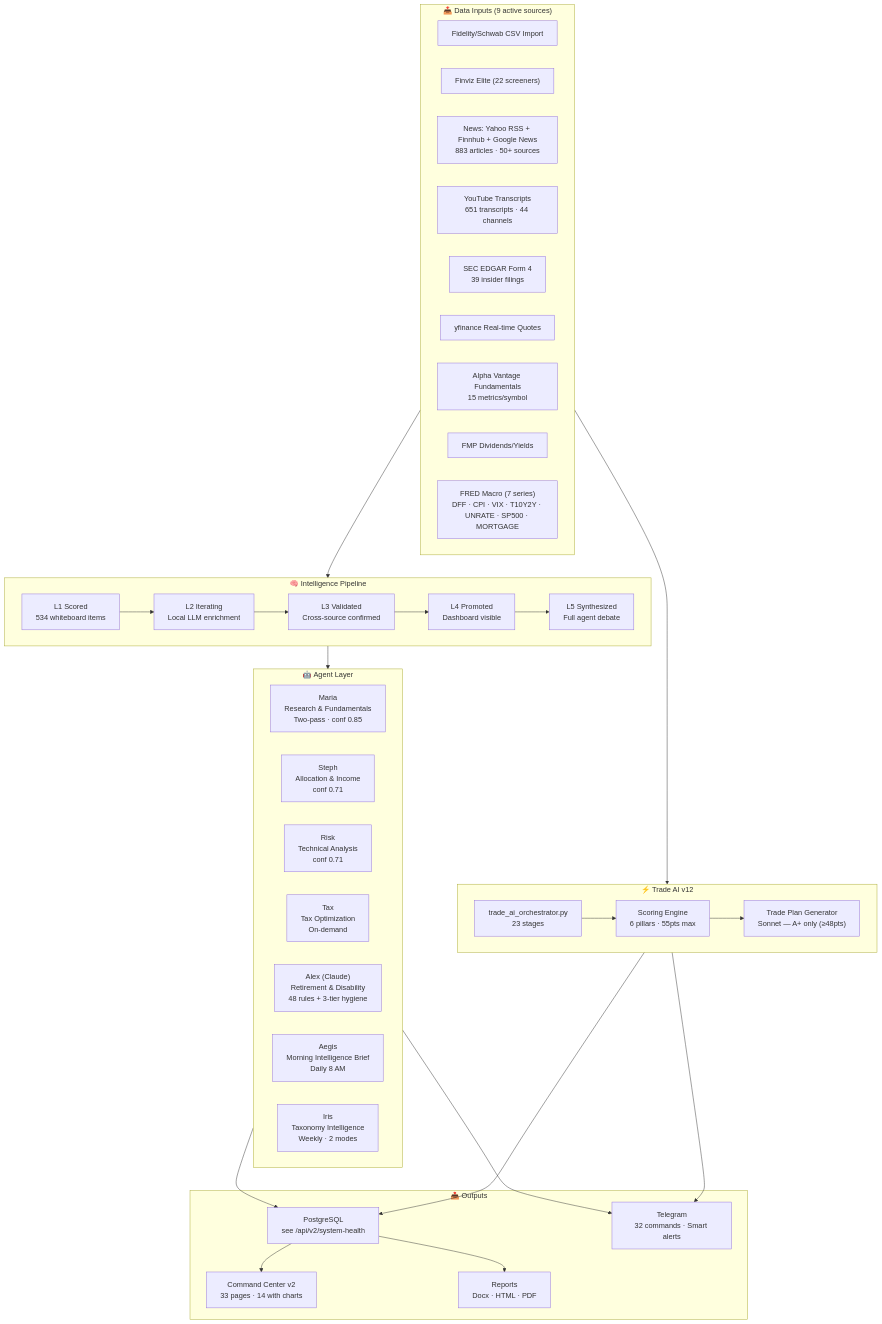
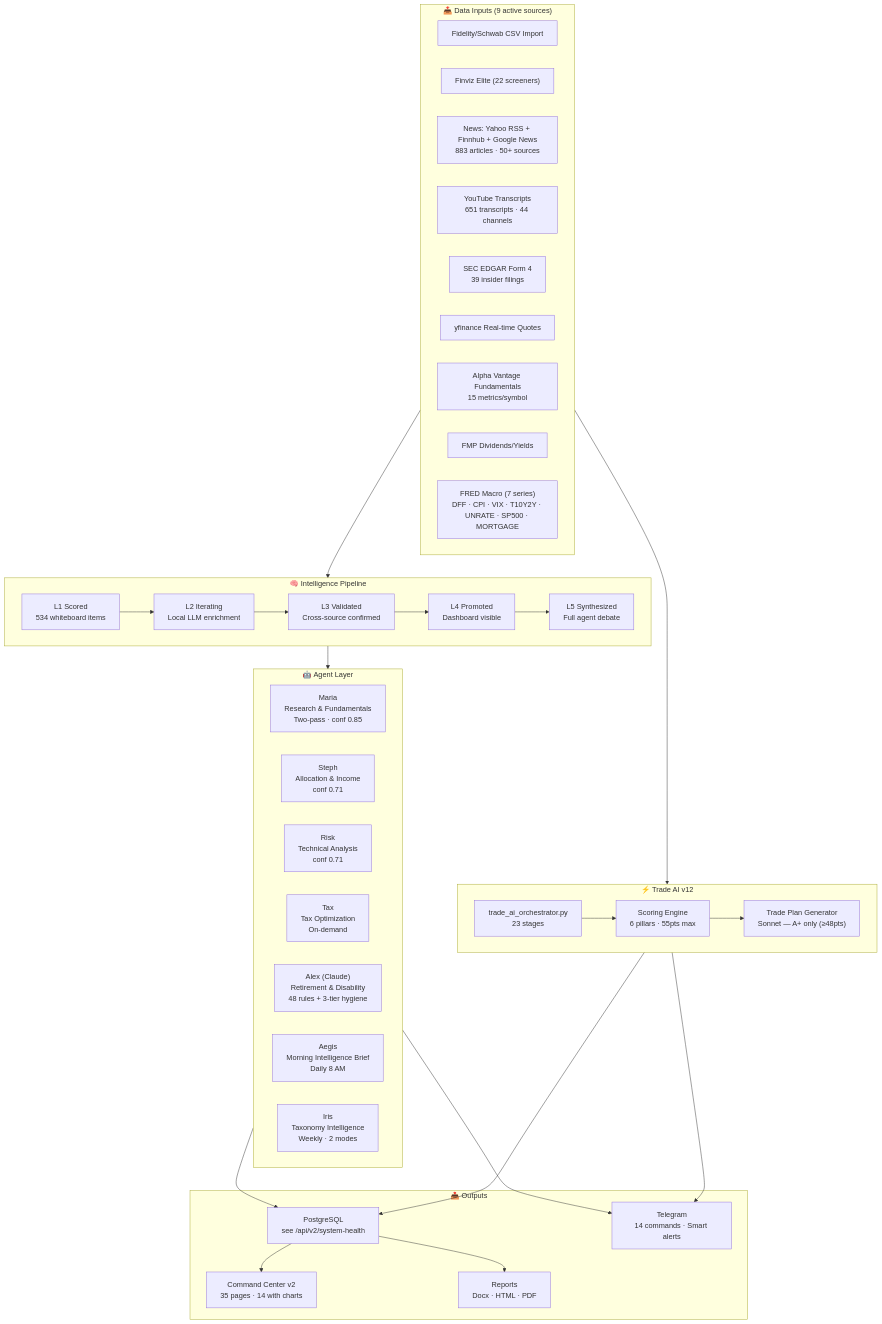
One commit to PatsKiller/tardeai changed the first of 6 diagrams in docs/project/TRADE_AI_V12_SYSTEM_BIBLE_V3.md. Above: the diagram before and after it, drawn with Mermaid. The commit also changed other lines of this file and 328 other files, not shown here.

````diff
--- a/docs/project/TRADE_AI_V12_SYSTEM_BIBLE_V3.md
+++ b/docs/project/TRADE_AI_V12_SYSTEM_BIBLE_V3.md
@@ -73,57 +81,57 @@
 ```mermaid
 graph TB
     subgraph INPUTS["📥 Data Inputs (9 active sources)"]
         CSV["Fidelity/Schwab CSV Import"]
         FINVIZ["Finviz Elite (22 screeners)"]
         NEWS["News: Yahoo RSS + Finnhub + Google News\n883 articles · 50+ sources"]
         YT["YouTube Transcripts\n651 transcripts · 44 channels"]
         SEC["SEC EDGAR Form 4\n39 insider filings"]
         YFINANCE["yfinance Real-time Quotes"]
         AV["Alpha Vantage Fundamentals\n15 metrics/symbol"]
         FMP["FMP Dividends/Yields"]
         FRED["FRED Macro (7 series)\nDFF · CPI · VIX · T10Y2Y · UNRATE · SP500 · MORTGAGE"]
     end
 
     subgraph TRADEAI["⚡ Trade AI v12"]
         ORCH["trade_ai_orchestrator.py\n23 stages"]
         SCORE["Scoring Engine\n6 pillars · 55pts max"]
         TPLAN["Trade Plan Generator\nSonnet — A+ only (≥48pts)"]
         ORCH --> SCORE --> TPLAN
     end
 
     subgraph INTEL["🧠 Intelligence Pipeline"]
         L1["L1 Scored\n534 whiteboard items"]
         L2["L2 Iterating\nLocal LLM enrichment"]
         L3["L3 Validated\nCross-source confirmed"]
         L4["L4 Promoted\nDashboard visible"]
         L5["L5 Synthesized\nFull agent debate"]
         L1 --> L2 --> L3 --> L4 --> L5
     end
 
     subgraph AGENTS["🤖 Agent Layer"]
         MARIA["Maria\nResearch & Fundamentals\nTwo-pass · conf 0.85"]
         STEPH["Steph\nAllocation & Income\nconf 0.71"]
         RISK["Risk\nTechnical Analysis\nconf 0.71"]
         TAX["Tax\nTax Optimization\nOn-demand"]
         ALEX["Alex (Claude)\nRetirement & Disability\n48 rules + 3-tier hygiene"]
         AEGIS["Aegis\nMorning Intelligence Brief\nDaily 8 AM"]
         IRIS["Iris\nTaxonomy Intelligence\nWeekly · 2 modes"]
     end
 
     subgraph OUTPUTS["📤 Outputs"]
         DB["PostgreSQL\nsee /api/v2/system-health"]
-        DASH["Command Center v2\n33 pages · 14 with charts"]
-        TG["Telegram\n32 commands · Smart alerts"]
+        DASH["Command Center v2\n35 pages · 14 with charts"]
+        TG["Telegram\n14 commands · Smart alerts"]
         REPORTS["Reports\nDocx · HTML · PDF"]
     end
 
     INPUTS --> TRADEAI
     INPUTS --> INTEL
     INTEL --> AGENTS
     AGENTS --> DB
     AGENTS --> TG
     DB --> DASH
     DB --> REPORTS
     TRADEAI --> DB
     TRADEAI --> TG
 ```
````
